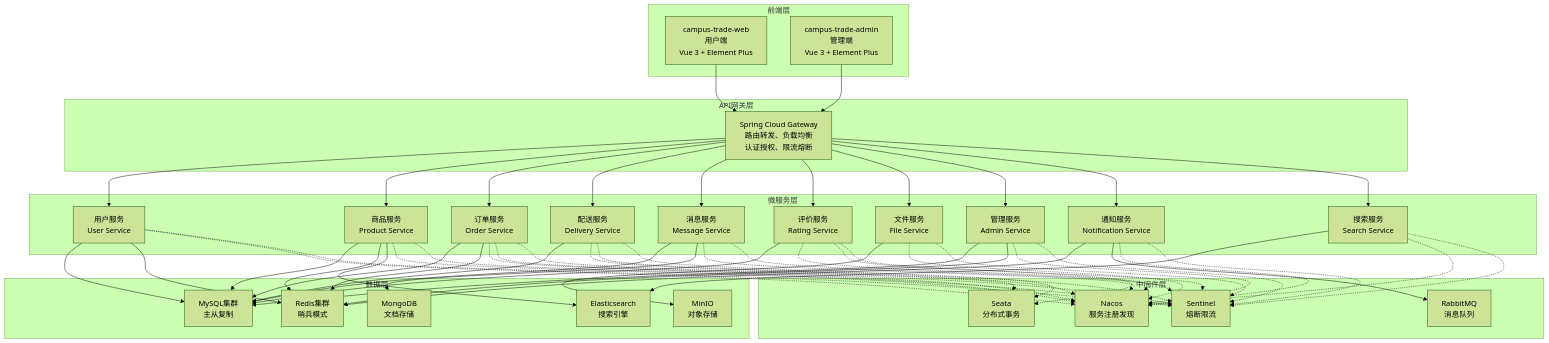
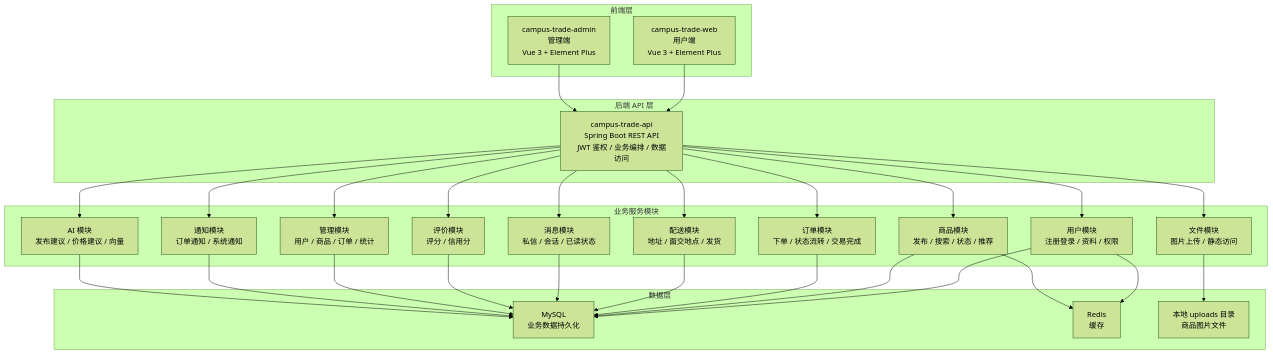
Before and after one commit to Bailanlizi/GreenLoop: the fifth of 6 diagrams in 校园交易平台微服务架构设计文档.md, drawn with Mermaid (forest theme). The commit also changed other lines of this file and 2 other files, not shown here.

````diff
--- a/校园交易平台微服务架构设计文档.md
+++ b/校园交易平台微服务架构设计文档.md
@@ -243,36 +243,27 @@
         A2["campus-trade-admin<br/>管理端<br/>Vue 3 + Element Plus"]
     end
     
-    subgraph "API网关层"
-        B["Spring Cloud Gateway<br/>路由转发、负载均衡<br/>认证授权、限流熔断"]
+    subgraph "后端 API 层"
+        B["campus-trade-api<br/>Spring Boot REST API<br/>JWT 鉴权 / 业务编排 / 数据访问"]
     end
     
-    subgraph "微服务层"
-        C1["用户服务<br/>User Service"]
-        C2["商品服务<br/>Product Service"]
-        C3["订单服务<br/>Order Service"]
-        C4["配送服务<br/>Delivery Service"]
-        C5["消息服务<br/>Message Service"]
-        C6["评价服务<br/>Rating Service"]
-        C7["文件服务<br/>File Service"]
-        C8["管理服务<br/>Admin Service"]
-        C9["通知服务<br/>Notification Service"]
-        C10["搜索服务<br/>Search Service"]
+    subgraph "业务服务模块"
+        C1["用户模块<br/>注册登录 / 资料 / 权限"]
+        C2["商品模块<br/>发布 / 搜索 / 状态 / 推荐"]
+        C3["订单模块<br/>下单 / 状态流转 / 交易完成"]
+        C4["配送模块<br/>地址 / 面交地点 / 发货"]
+        C5["消息模块<br/>私信 / 会话 / 已读状态"]
+        C6["评价模块<br/>评分 / 信用分"]
+        C7["文件模块<br/>图片上传 / 静态访问"]
+        C8["管理模块<br/>用户 / 商品 / 订单 / 统计"]
+        C9["通知模块<br/>订单通知 / 系统通知"]
+        C10["AI 模块<br/>发布建议 / 价格建议 / 向量"]
     end
     
     subgraph "数据层"
-        D1["MySQL集群<br/>主从复制"]
-        D2["Redis集群<br/>哨兵模式"]
-        D3["MongoDB<br/>文档存储"]
-        D4["Elasticsearch<br/>搜索引擎"]
-        D5["MinIO<br/>对象存储"]
-    end
-    
-    subgraph "中间件层"
-        E1["Nacos<br/>服务注册发现"]
-        E2["Sentinel<br/>熔断限流"]
-        E3["RabbitMQ<br/>消息队列"]
-        E4["Seata<br/>分布式事务"]
+        D1["MySQL<br/>业务数据持久化"]
+        D2["Redis<br/>缓存"]
+        D3["本地 uploads 目录<br/>商品图片文件"]
     end
     
     A1 --> B
@@ -292,43 +283,12 @@
     C1 --> D2
     C2 --> D1
     C2 --> D2
-    C2 --> D4
     C3 --> D1
-    C3 --> D2
     C4 --> D1
     C5 --> D1
-    C5 --> D3
     C6 --> D1
-    C7 --> D5
+    C7 --> D3
     C8 --> D1
-    C8 --> D2
-    C9 --> D2
-    C9 --> E3
-    C10 --> D4
-    
-    C1 -.-> E1
-    C2 -.-> E1
-    C3 -.-> E1
-    C4 -.-> E1
-    C5 -.-> E1
-    C6 -.-> E1
-    C7 -.-> E1
-    C8 -.-> E1
-    C9 -.-> E1
-    C10 -.-> E1
-    
-    C1 -.-> E2
-    C2 -.-> E2
-    C3 -.-> E2
-    C4 -.-> E2
-    C5 -.-> E2
-    C6 -.-> E2
-    C7 -.-> E2
-    C8 -.-> E2
-    C9 -.-> E2
-    C10 -.-> E2
-    
-    C3 -.-> E4
-    C4 -.-> E4
-    C6 -.-> E4
+    C9 --> D1
+    C10 --> D1
 ```
````
